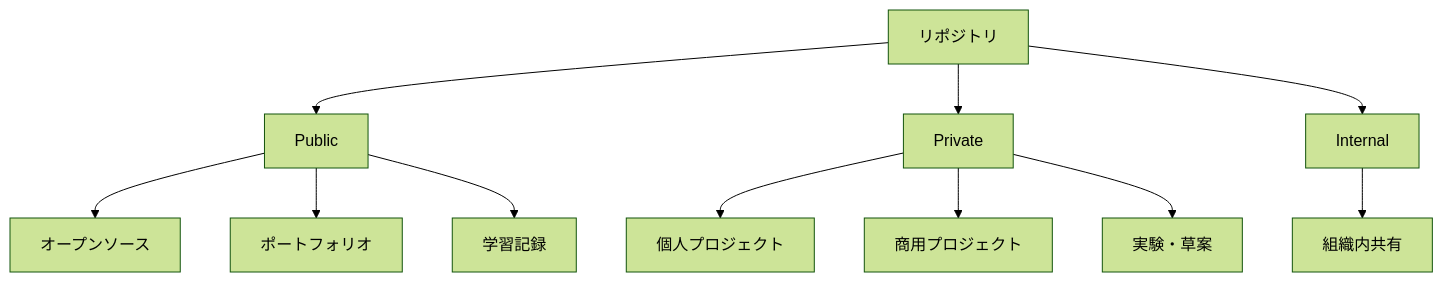
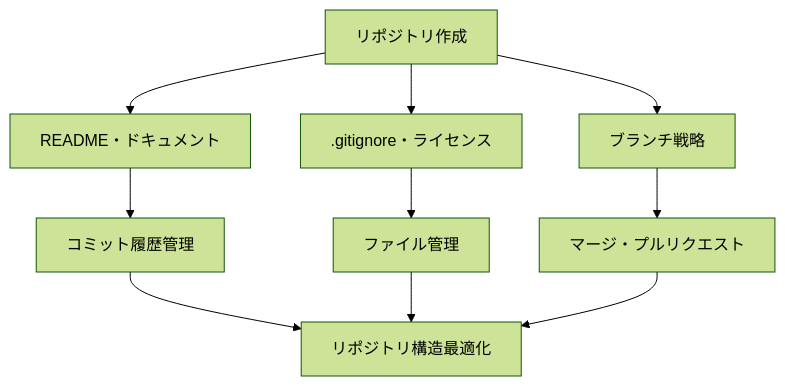
Before and after one commit to office8-inc/knowledge-management: the second of 17 diagrams in docs/public/github/github-mastery-guide.md, drawn with Mermaid (forest theme). The commit also changed other lines of this file and 2 other files, not shown here.

````diff
--- a/docs/public/github/github-mastery-guide.md
+++ b/docs/public/github/github-mastery-guide.md
@@ -27,16 +146,12 @@
 ```mermaid
-graph TD
-    A[リポジトリ] --> B[Public]
-    A --> C[Private]
-    A --> D[Internal]
-    
-    B --> E[オープンソース]
-    B --> F[ポートフォリオ]
-    B --> G[学習記録]
-    
-    C --> H[個人プロジェクト]
-    C --> I[商用プロジェクト]
-    C --> J[実験・草案]
-    
-    D --> K[組織内共有]
+flowchart TD
+    A[リポジトリ作成] --> B[README・ドキュメント]
+    A --> C[.gitignore・ライセンス]
+    A --> D[ブランチ戦略]
+    B --> E[コミット履歴管理]
+    C --> F[ファイル管理]
+    D --> G[マージ・プルリクエスト]
+    E --> H[リポジトリ構造最適化]
+    F --> H
+    G --> H
 ```
````
